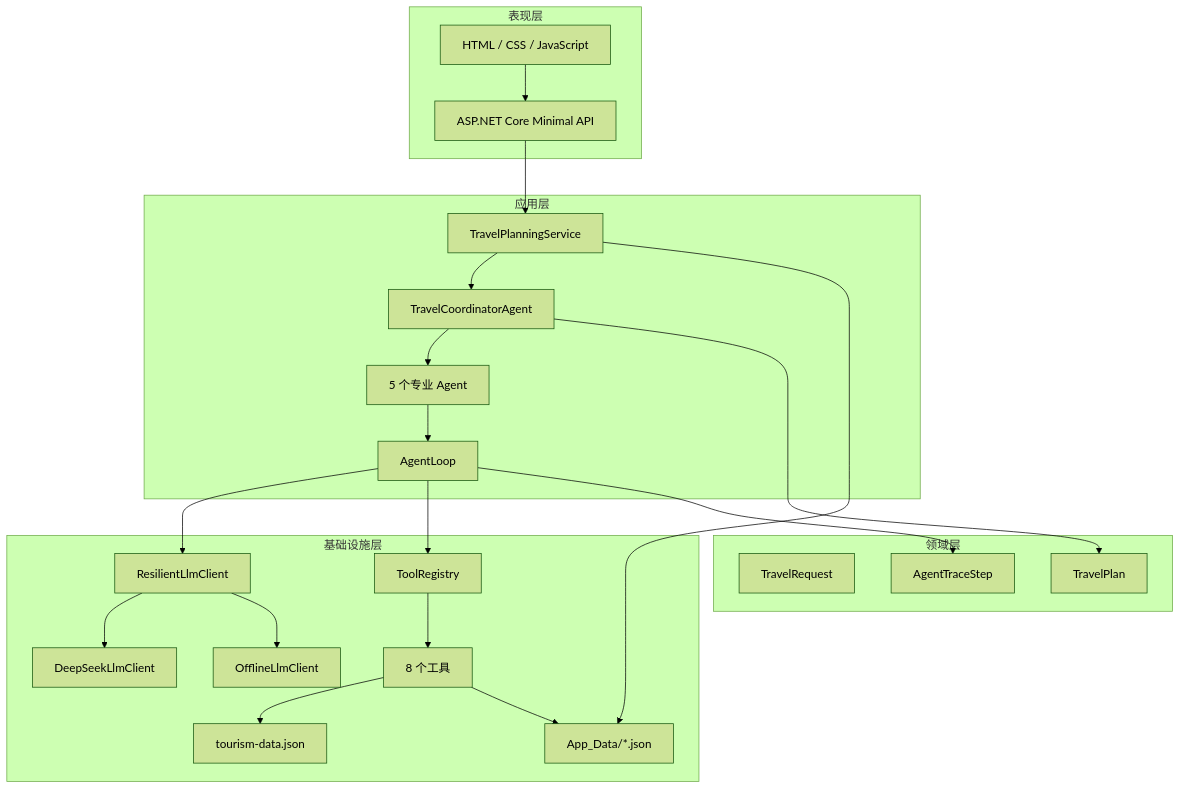
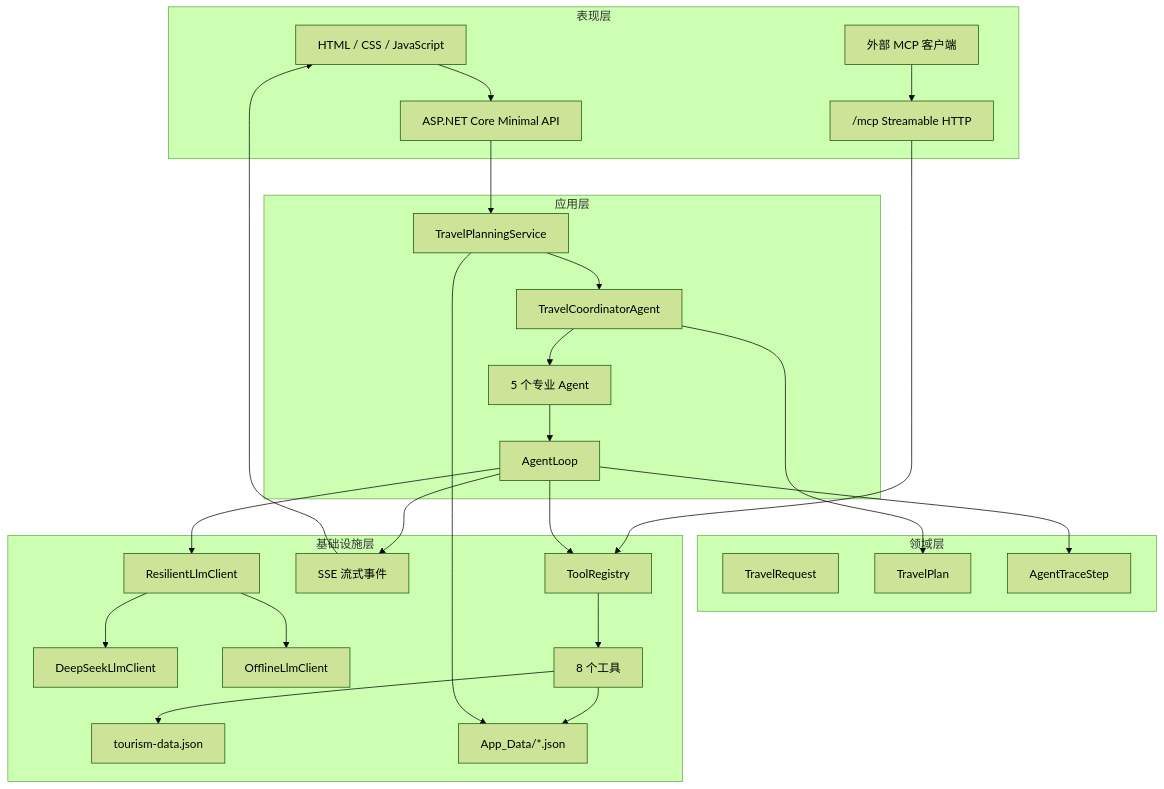
Before and after one commit to traveler703/DotNetAgentDev: the first of 5 diagrams in docs/架构设计.md, drawn with Mermaid (forest theme). The commit also changed other lines of this file and 25 other files, not shown here.

````diff
--- a/docs/架构设计.md
+++ b/docs/架构设计.md
@@ -17,42 +17,47 @@
 ```mermaid
 flowchart TB
     subgraph Presentation["表现层"]
         WEB["HTML / CSS / JavaScript"]
         API["ASP.NET Core Minimal API"]
+        MCPCLIENT["外部 MCP 客户端"]
+        MCPENDPOINT["/mcp Streamable HTTP"]
     end
 
     subgraph Application["应用层"]
         SERVICE["TravelPlanningService"]
         COORD["TravelCoordinatorAgent"]
         SPECIALISTS["5 个专业 Agent"]
         LOOP["AgentLoop"]
     end
 
     subgraph Domain["领域层"]
         REQUEST["TravelRequest"]
         PLAN["TravelPlan"]
         TRACE["AgentTraceStep"]
     end
 
     subgraph Infrastructure["基础设施层"]
         LLM["ResilientLlmClient"]
         DEEPSEEK["DeepSeekLlmClient"]
         OFFLINE["OfflineLlmClient"]
+        SSE["SSE 流式事件"]
         REGISTRY["ToolRegistry"]
         TOOLS["8 个工具"]
         CATALOG["tourism-data.json"]
         MEMORY["App_Data/*.json"]
     end
 
     WEB --> API --> SERVICE --> COORD
+    MCPCLIENT --> MCPENDPOINT --> REGISTRY
     COORD --> SPECIALISTS --> LOOP
     LOOP --> LLM
+    LOOP --> SSE --> WEB
     LLM --> DEEPSEEK
     LLM --> OFFLINE
     LOOP --> REGISTRY --> TOOLS
     TOOLS --> CATALOG
     TOOLS --> MEMORY
     SERVICE --> MEMORY
     COORD --> PLAN
     LOOP --> TRACE
 ```
````
